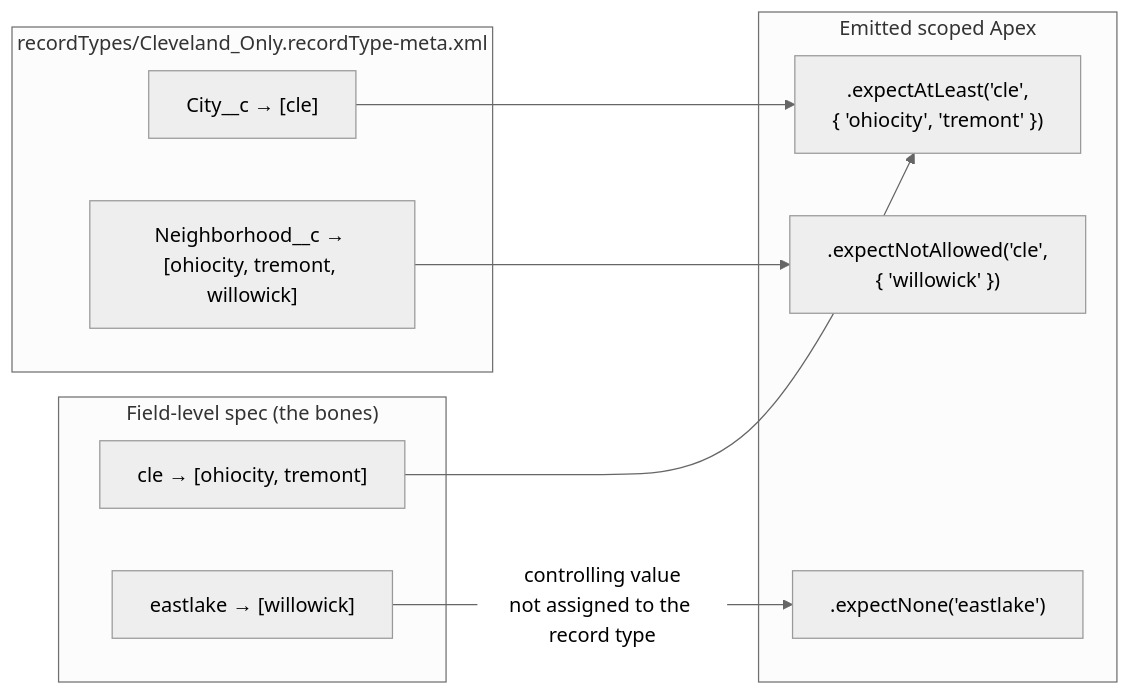
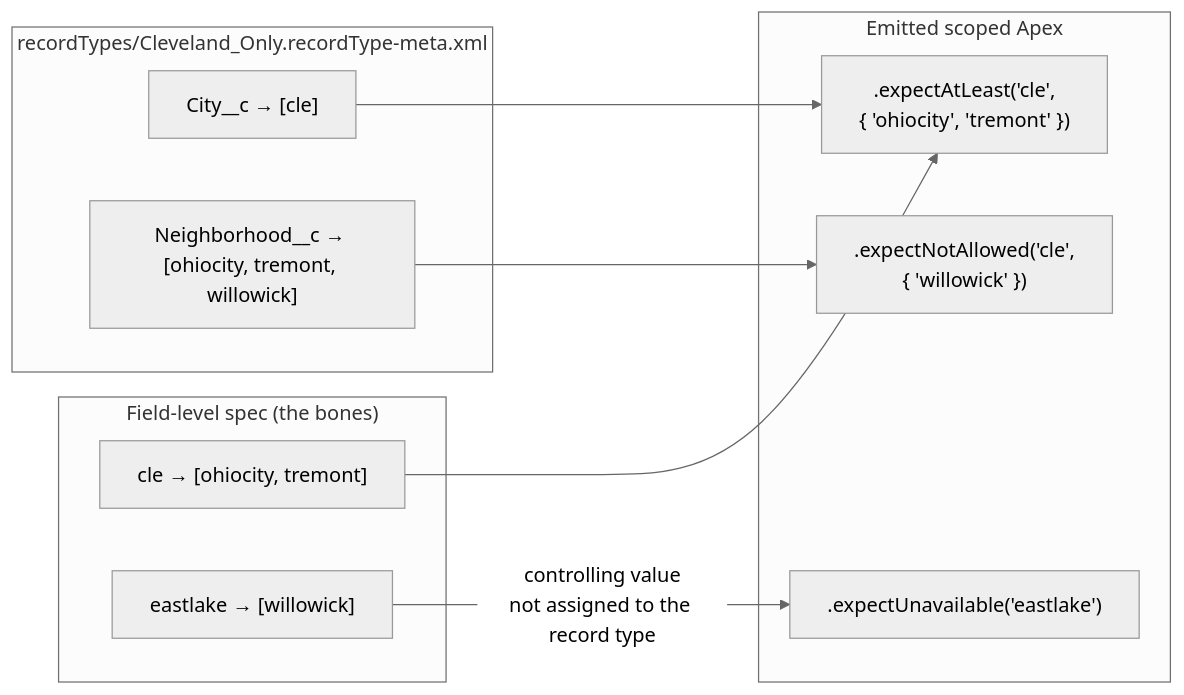
Before and after one commit to jdschleicher/Salesforce-Data-Treecipe: the sixth of 15 diagrams in docs/PICKLIST-DEPENDENCY-TECHNICAL-DESIGN.md, drawn with Mermaid (neutral theme). The commit also changed other lines of this file and 7 other files, not shown here.

First line of the commit message:
fix: review findings — expectUnavailable for unassigned controlling values, and skip malformed record type markup instead of aborting

````diff
--- a/docs/PICKLIST-DEPENDENCY-TECHNICAL-DESIGN.md
+++ b/docs/PICKLIST-DEPENDENCY-TECHNICAL-DESIGN.md
@@ -292,23 +292,23 @@
 ```mermaid
 flowchart LR
     subgraph bones["Field-level spec (the bones)"]
         B1["cle → [ohiocity, tremont]"]
         B2["eastlake → [willowick]"]
     end
 
     subgraph rt["recordTypes/Cleveland_Only.recordType-meta.xml"]
         R1["City__c → [cle]"]
         R2["Neighborhood__c → [ohiocity, tremont, willowick]"]
     end
 
     subgraph out["Emitted scoped Apex"]
         O1[".expectAtLeast('cle',<br/>{ 'ohiocity', 'tremont' })"]
         O2[".expectNotAllowed('cle',<br/>{ 'willowick' })"]
-        O3[".expectNone('eastlake')"]
+        O3[".expectUnavailable('eastlake')"]
     end
 
     B1 --> O1
     R2 --> O2
     B2 -->|"controlling value<br/>not assigned to the record type"| O3
     R1 --> O1
 ```
````
